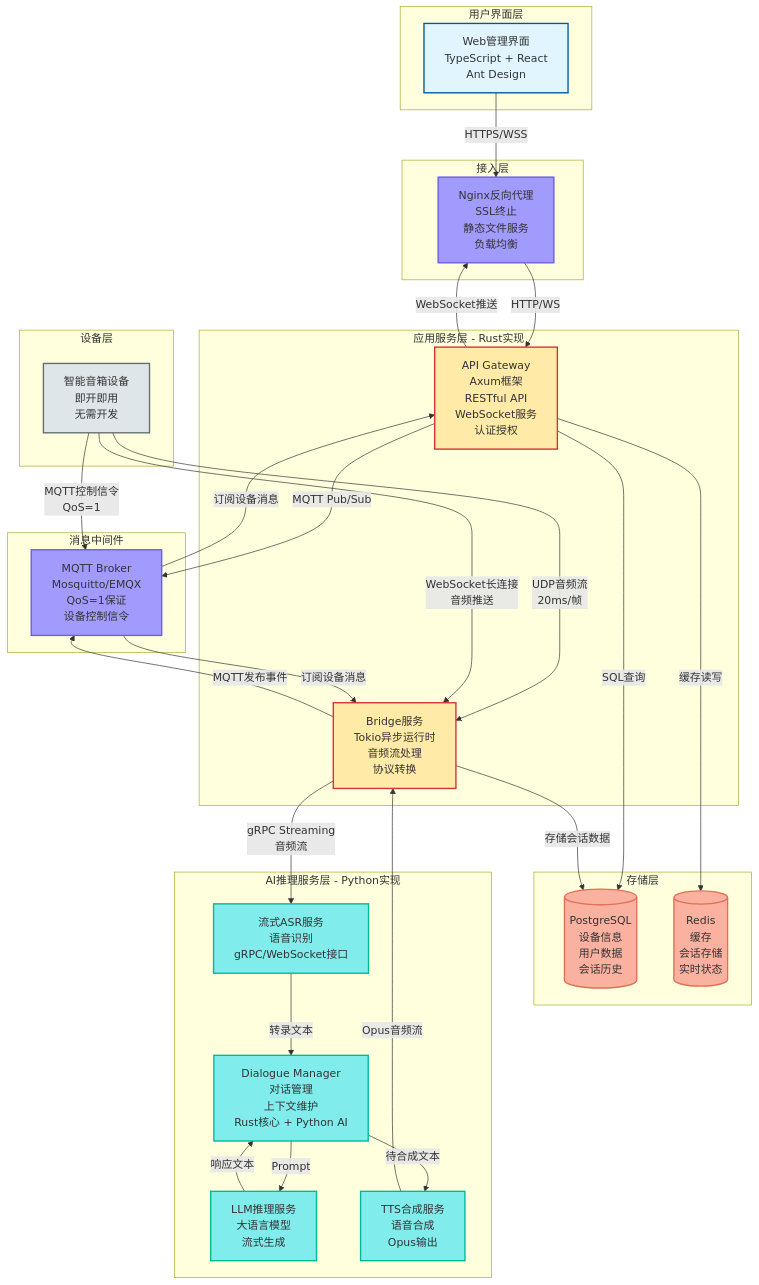
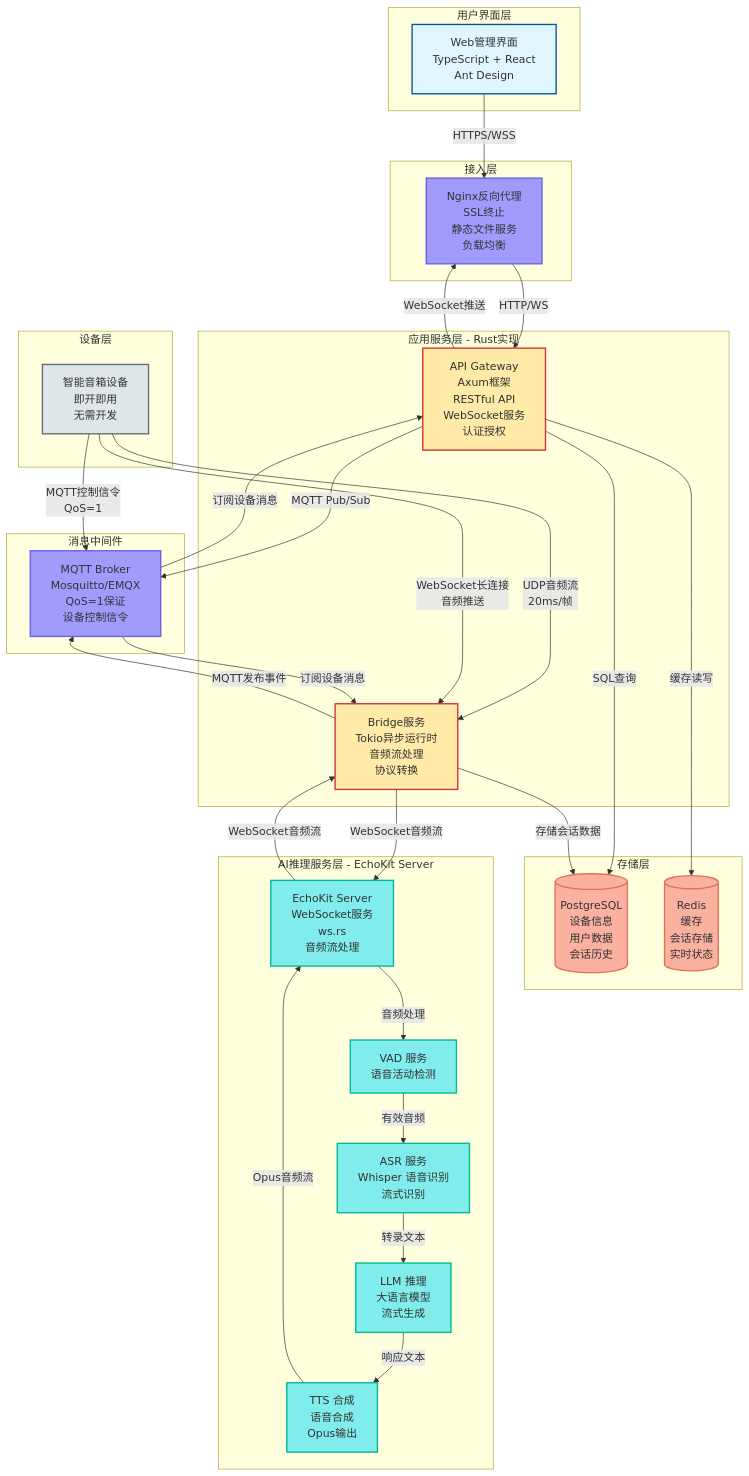
Before and after one commit to apepkuss/etch: the first of 12 diagrams in complete-system-architecture.md, drawn with Mermaid. The commit also changed other lines of this file, not shown here.

Commit message:
doc: update system architecture

```diff
--- a/complete-system-architecture.md
+++ b/complete-system-architecture.md
@@ -26,11 +26,12 @@
         Redis[(Redis<br/>缓存<br/>会话存储<br/>实时状态)]
     end
 
-    subgraph "AI推理服务层 - Python实现"
-        ASR[流式ASR服务<br/>语音识别<br/>gRPC/WebSocket接口]
-        DM[Dialogue Manager<br/>对话管理<br/>上下文维护<br/>Rust核心 + Python AI]
-        LLM[LLM推理服务<br/>大语言模型<br/>流式生成]
-        TTS[TTS合成服务<br/>语音合成<br/>Opus输出]
+    subgraph "AI推理服务层 - EchoKit Server"
+        EchoKit[EchoKit Server<br/>WebSocket服务<br/>ws.rs<br/>音频流处理]
+        VAD[VAD 服务<br/>语音活动检测]
+        ASR[ASR 服务<br/>Whisper 语音识别<br/>流式识别]
+        LLM[LLM 推理<br/>大语言模型<br/>流式生成]
+        TTS[TTS 合成<br/>语音合成<br/>Opus输出]
     end
 
     subgraph "设备层"
@@ -57,28 +58,29 @@
     MQTT -->|订阅设备消息| Bridge
 
     %% Bridge 音频处理流
-    Bridge -->|gRPC Streaming<br/>音频流| ASR
+    Bridge -->|WebSocket音频流| EchoKit
     Bridge -->|存储会话数据| PG
     Bridge -->|MQTT发布事件| MQTT
 
-    %% AI 推理链路
-    ASR -->|转录文本| DM
-    DM -->|Prompt| LLM
-    LLM -->|响应文本| DM
-    DM -->|待合成文本| TTS
-    TTS -->|Opus音频流| Bridge
+    %% EchoKit AI 推理链路
+    EchoKit -->|音频处理| VAD
+    VAD -->|有效音频| ASR
+    ASR -->|转录文本| LLM
+    LLM -->|响应文本| TTS
+    TTS -->|Opus音频流| EchoKit
+    EchoKit -->|WebSocket音频流| Bridge
 
     %% 样式定义
     classDef frontend fill:#e1f5ff,stroke:#01579b,stroke-width:2px
     classDef rust fill:#ffeaa7,stroke:#d63031,stroke-width:2px
-    classDef python fill:#81ecec,stroke:#00b894,stroke-width:2px
+    classDef echokit fill:#81ecec,stroke:#00b894,stroke-width:2px
     classDef storage fill:#fab1a0,stroke:#e17055,stroke-width:2px
     classDef device fill:#dfe6e9,stroke:#636e72,stroke-width:2px
     classDef middleware fill:#a29bfe,stroke:#6c5ce7,stroke-width:2px
 
     class WebUI frontend
     class Gateway,Bridge rust
-    class ASR,DM,LLM,TTS python
+    class EchoKit,VAD,ASR,LLM,TTS echokit
     class PG,Redis storage
     class Device device
     class MQTT,Nginx middleware
```
